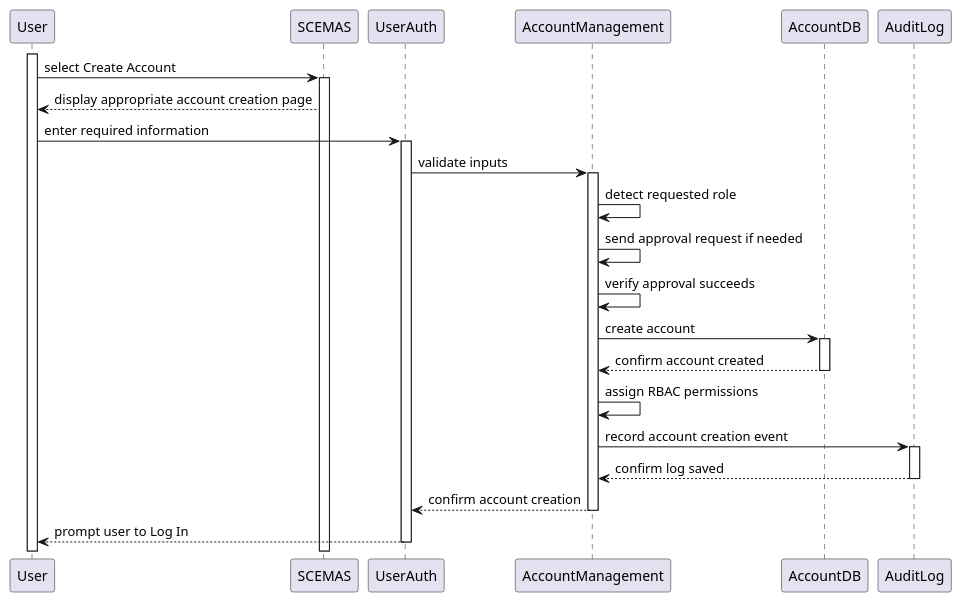
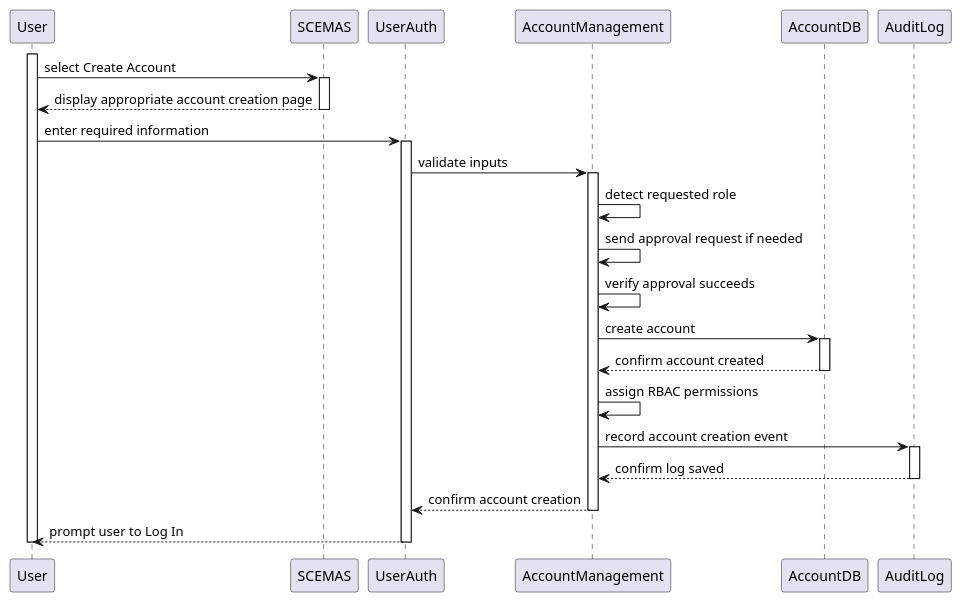
The diagram in docs/diagrams/plantuml/sequence/BE4.puml (harmanpreet-sagar/sfwreng-3a04-group6-t01-scemas), drawn with PlantUML before and after one commit.

```diff
--- a/docs/diagrams/plantuml/sequence/BE4.puml
+++ b/docs/diagrams/plantuml/sequence/BE4.puml
@@ -1,23 +1,40 @@
 @startuml BE4_CreateAccount
 
 activate User
 
-User -> SCEMAS ++ : select Create Account
+User -> SCEMAS : select Create Account
+activate SCEMAS
 SCEMAS --> User : display appropriate account creation page
+deactivate SCEMAS
 
-User -> UserAuth ++ : enter required information
-UserAuth -> AccountManagement ++ : validate inputs
+User -> UserAuth : enter required information
+activate UserAuth
+
+UserAuth -> AccountManagement : validate inputs
+activate AccountManagement
+
 AccountManagement -> AccountManagement : detect requested role
 AccountManagement -> AccountManagement : send approval request if needed
 AccountManagement -> AccountManagement : verify approval succeeds
-AccountManagement -> AccountDB ++ : create account
-AccountDB --> AccountManagement -- : confirm account created
+
+AccountManagement -> AccountDB : create account
+activate AccountDB
+AccountDB --> AccountManagement : confirm account created
+deactivate AccountDB
 
 AccountManagement -> AccountManagement : assign RBAC permissions
-AccountManagement -> AuditLog ++ : record account creation event
-AuditLog --> AccountManagement -- : confirm log saved
 
-AccountManagement --> UserAuth -- : confirm account creation
-UserAuth --> User -- : prompt user to Log In
+AccountManagement -> AuditLog : record account creation event
+activate AuditLog
+AuditLog --> AccountManagement : confirm log saved
+deactivate AuditLog
+
+AccountManagement --> UserAuth : confirm account creation
+deactivate AccountManagement
+
+UserAuth --> User : prompt user to Log In
+deactivate UserAuth
+
+deactivate User
 
 @enduml
```
